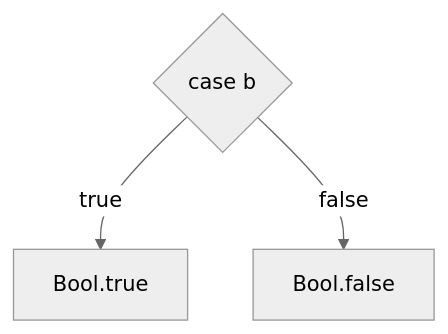
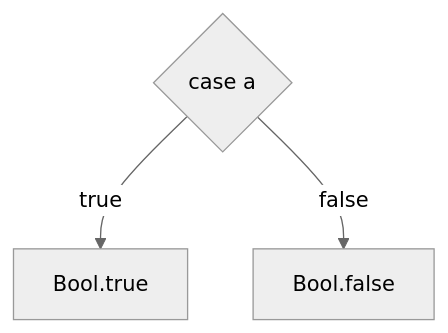
One commit to GabrielAlvesFS/Kindelia-Slides changed the diagram in presentations/aula3.md. Above: the diagram before and after it, drawn with Mermaid (neutral theme). The commit also changed other lines of this file and 1 other file, not shown here.

````diff
--- a/presentations/aula3.md
+++ b/presentations/aula3.md
@@ -234,6 +234,6 @@
 ```mermaid {theme: 'neutral', scale: 0.8}
 graph TD
-C{case b}
+C{case a}
 C -->|true| D[Bool.true]
 C -->|false| E[Bool.false]
 ```
````
